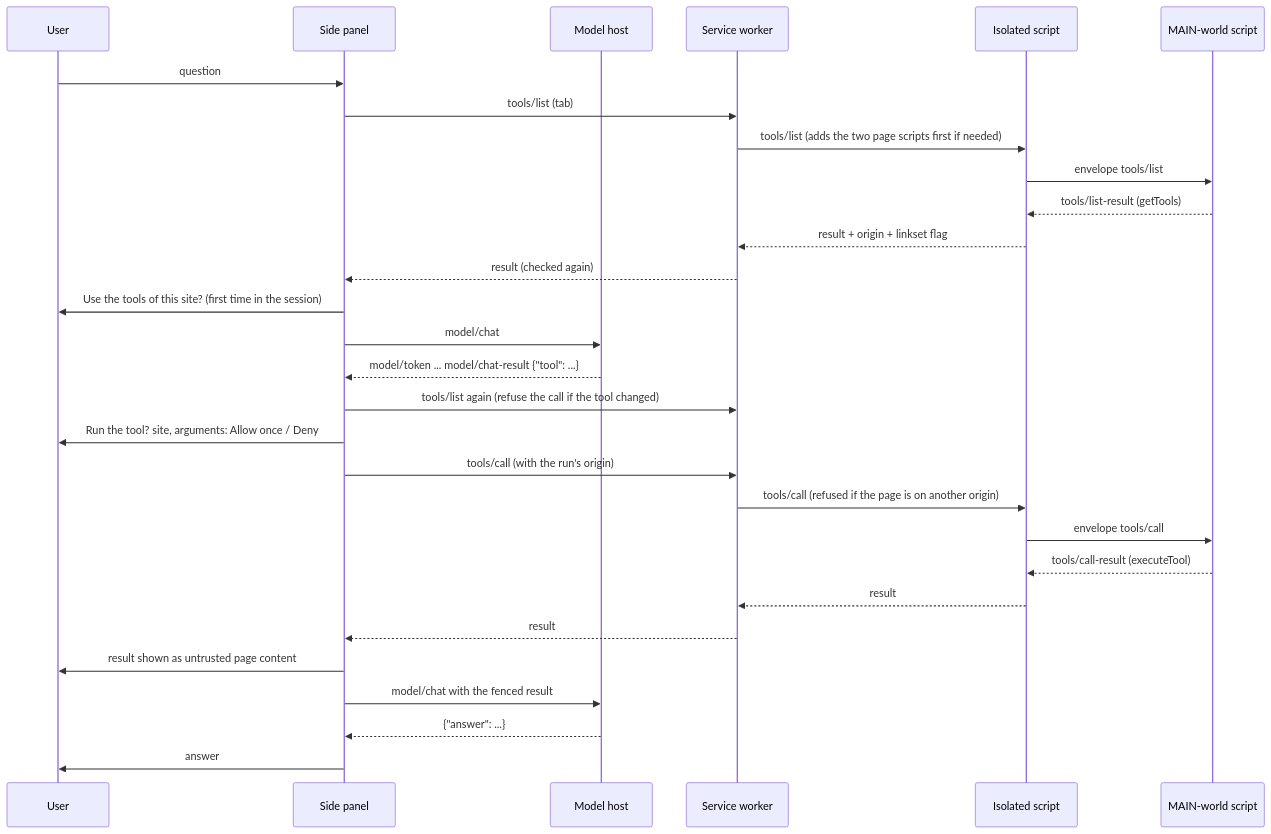
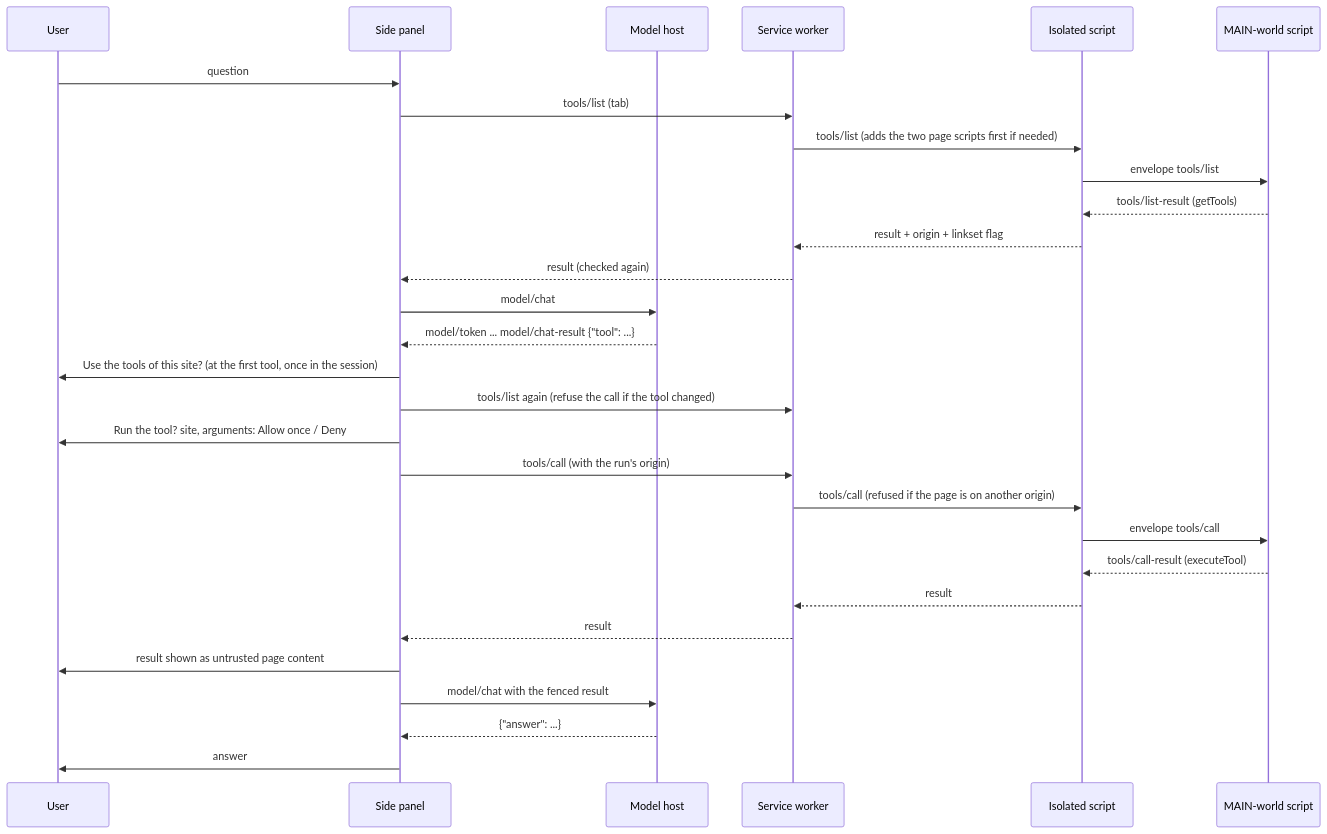
Before and after one commit to andreibesleaga/webaiassist: the second of 2 diagrams in docs/ARCHITECTURE.md, drawn with Mermaid. The commit also changed other lines of this file and 45 other files, not shown here.

Commit message:
The model uses the page's tools: tool rules in both prompts, site files as background, a line after each result, site text limit for 4096 windows, site question at the first tool, first-tool and tool-used scores

````diff
--- a/docs/ARCHITECTURE.md
+++ b/docs/ARCHITECTURE.md
@@ -134,31 +142,31 @@
 ```mermaid
 sequenceDiagram
   participant U as User
   participant P as Side panel
   participant H as Model host
   participant W as Service worker
   participant I as Isolated script
   participant M as MAIN-world script
   U->>P: question
   P->>W: tools/list (tab)
   W->>I: tools/list (adds the two page scripts first if needed)
   I->>M: envelope tools/list
   M-->>I: tools/list-result (getTools)
   I-->>W: result + origin + linkset flag
   W-->>P: result (checked again)
-  P->>U: Use the tools of this site? (first time in the session)
   P->>H: model/chat
   H-->>P: model/token ... model/chat-result {"tool": ...}
+  P->>U: Use the tools of this site? (at the first tool, once in the session)
   P->>W: tools/list again (refuse the call if the tool changed)
   P->>U: Run the tool? site, arguments: Allow once / Deny
   P->>W: tools/call (with the run's origin)
   W->>I: tools/call (refused if the page is on another origin)
   I->>M: envelope tools/call
   M-->>I: tools/call-result (executeTool)
   I-->>W: result
   W-->>P: result
   P->>U: result shown as untrusted page content
   P->>H: model/chat with the fenced result
   H-->>P: {"answer": ...}
   P->>U: answer
 ```
````
